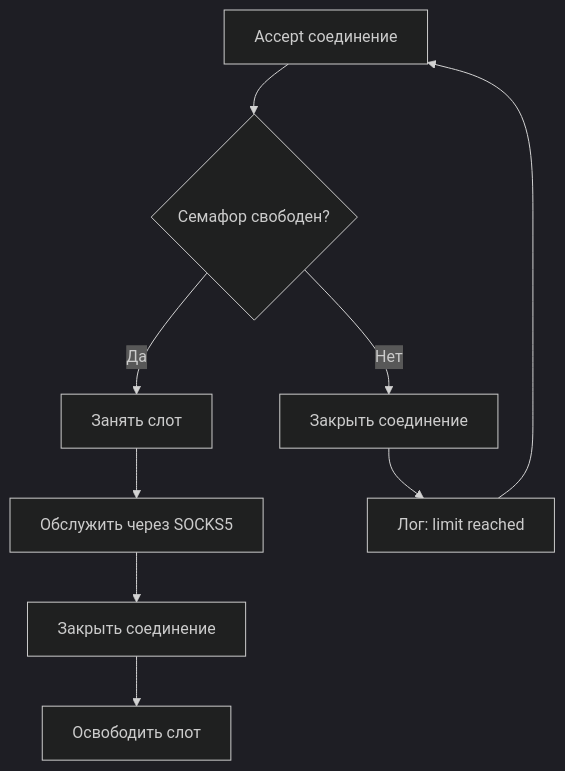
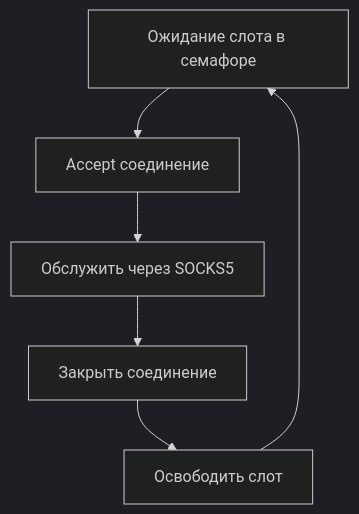
The seventh of 9 diagrams in temp-new/README.md (SUNsung/yggstack), drawn with Mermaid (dark theme) before and after one commit. The commit also changed other lines of this file and 6 other files, not shown here.

````diff
--- a/temp-new/README.md
+++ b/temp-new/README.md
@@ -242,8 +253,6 @@
 ```mermaid
 flowchart TD
-    ACCEPT[Accept соединение] --> CHECK{Семафор свободен?}
-    CHECK -->|Да| SLOT[Занять слот] --> SERVE[Обслужить через SOCKS5]
-    SERVE --> CLOSE[Закрыть соединение] --> FREE[Освободить слот]
-    CHECK -->|Нет| DROP[Закрыть соединение] --> LOG[Лог: limit reached]
-    LOG --> ACCEPT
+   WAIT[Ожидание слота в семафоре] --> ACCEPT[Accept соединение]
+   ACCEPT --> SERVE[Обслужить через SOCKS5]
+   SERVE --> CLOSE[Закрыть соединение] --> FREE[Освободить слот] --> WAIT
 ```
````
